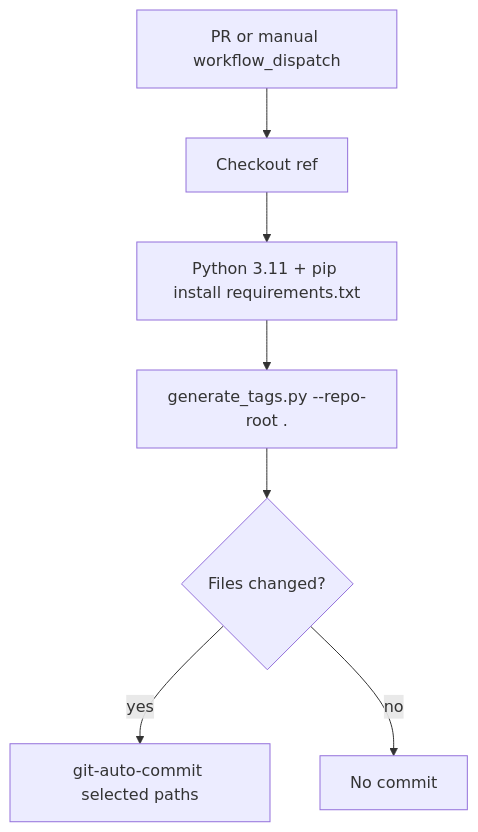
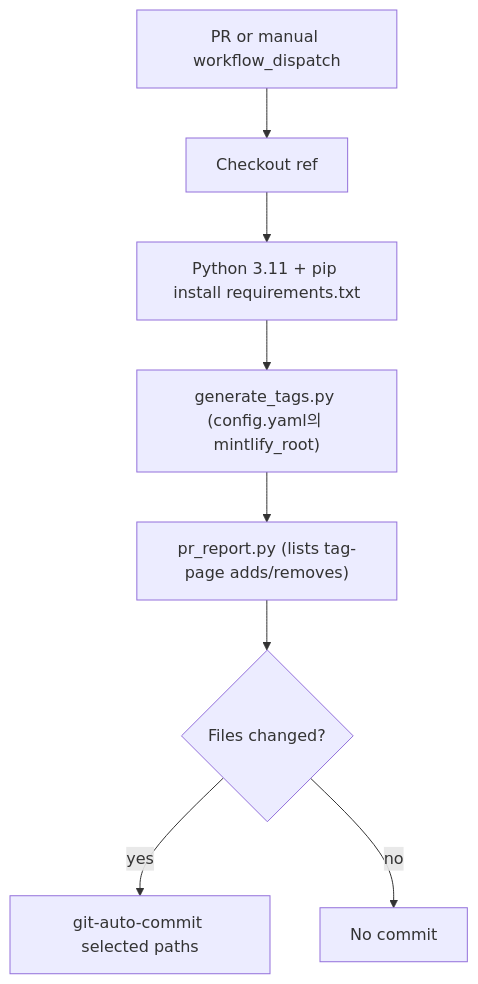
One commit to wandb/docs changed the second of 4 diagrams in ko/scripts/knowledgebase-nav/Architecture.md. Above: the diagram before and after it, drawn with Mermaid. The commit also changed other lines of this file and 103 other files, not shown here.

````diff
--- a/ko/scripts/knowledgebase-nav/Architecture.md
+++ b/ko/scripts/knowledgebase-nav/Architecture.md
@@ -54,9 +53,10 @@
 ```mermaid
 flowchart TD
   A[PR or manual workflow_dispatch] --> B[Checkout ref]
   B --> C[Python 3.11 + pip install requirements.txt]
-  C --> D["generate_tags.py --repo-root ."]
-  D --> E{Files changed?}
+  C --> D["generate_tags.py (config.yaml의 mintlify_root)"]
+  D --> R["pr_report.py (lists tag-page adds/removes)"]
+  R --> E{Files changed?}
   E -->|yes| F[git-auto-commit selected paths]
   E -->|no| G[No commit]
 ```
````
